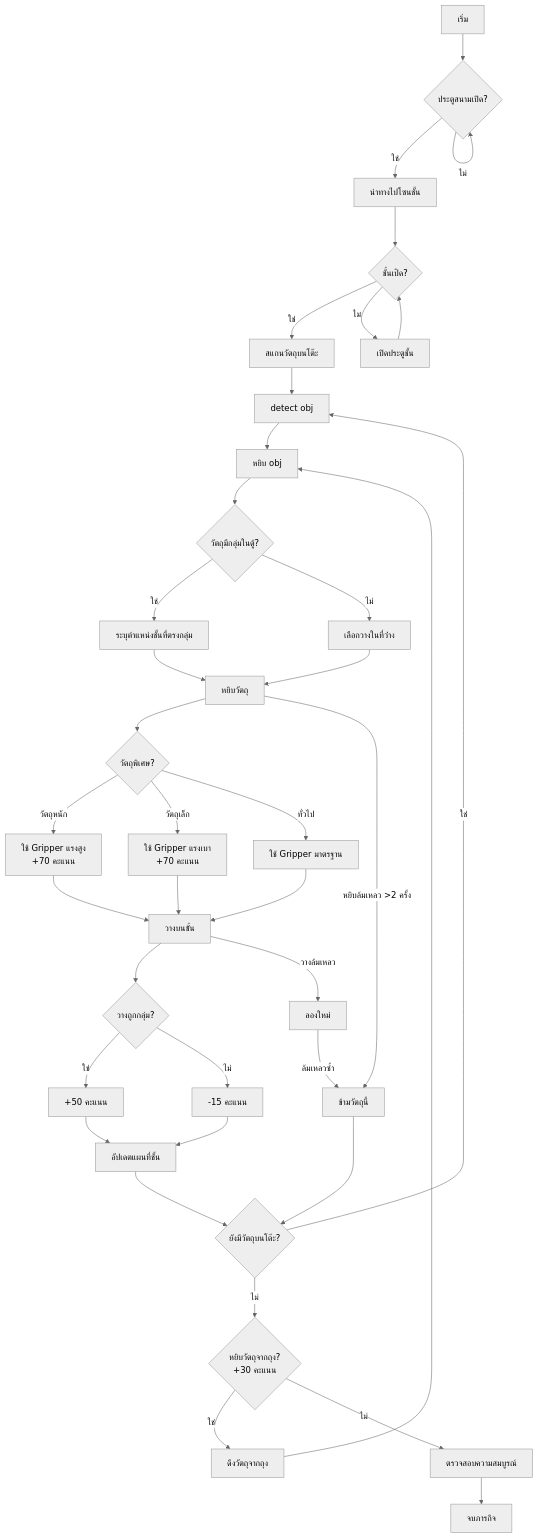
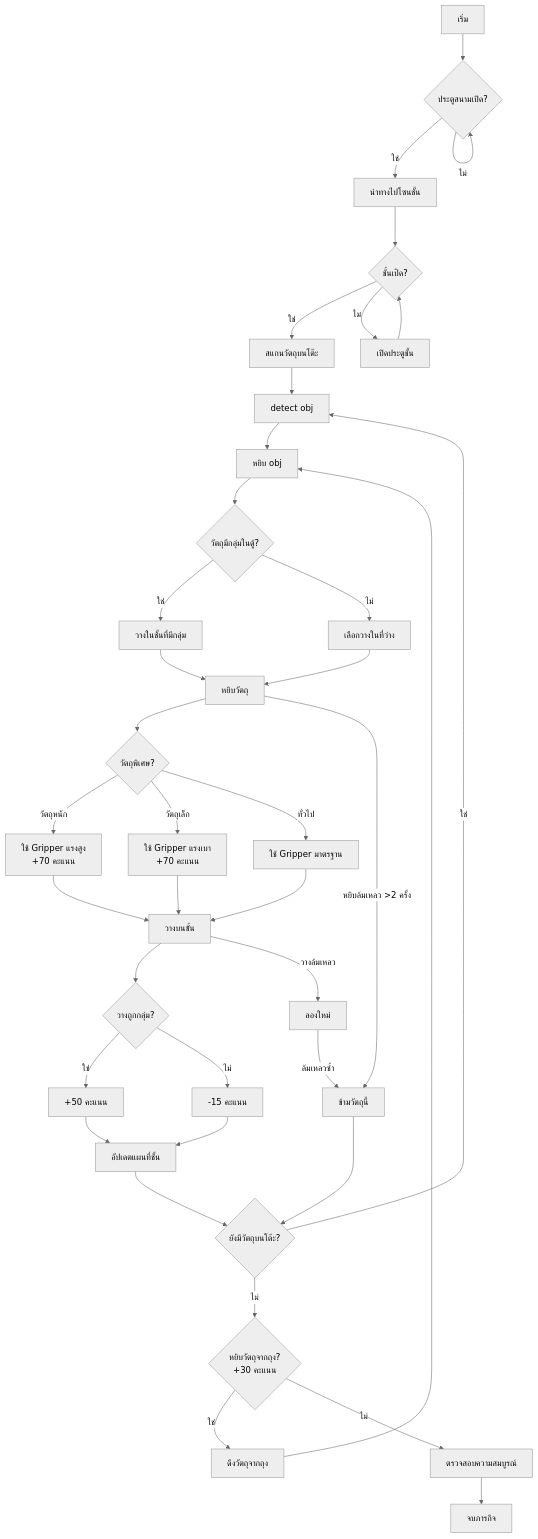
The diagram in StoringGroceries.md (NapatzZ/state-robocup), drawn with Mermaid (neutral theme) before and after one commit.

````diff
--- a/StoringGroceries.md
+++ b/StoringGroceries.md
@@ -1,53 +1,53 @@
 ```mermaid
 flowchart TD
     A[เริ่ม] --> B{ประตูสนามเปิด?}
     B -->|ใช่| C[นำทางไปโซนชั้น]
     B -->|ไม่| B
     
     C --> D{ชั้นเปิด?}
     D -->|ใช่| E[สแกนวัตถุบนโต๊ะ]
     D -->|ไม่| F[เปิดประตูชั้น]
     F --> D
     
     E --> G[detect obj]
     G --> H[หยิบ obj]
     
     H --> I{วัตถุมีกลุ่มในตู้?}
-    I -->|ใช่| J[ระบุตำแหน่งชั้นที่ตรงกลุ่ม]
-    I -->|ไม่| K[เลือกวางในที่ว่่าง]
+    I -->|ใช่| J[วางในชั้นที่มีกลุ่ม]
+    I -->|ไม่| K[เลือกวางในที่ว่าง]
     
     J --> L[หยิบวัตถุ]
     K --> L
     
     L --> M{วัตถุพิเศษ?}
     M -->|วัตถุหนัก| N[ใช้ Gripper แรงสูง \n +70 คะแนน]
     M -->|วัตถุเล็ก| O[ใช้ Gripper แรงเบา \n +70 คะแนน]
     M -->|ทั่วไป| P[ใช้ Gripper มาตรฐาน]
     
     N --> Q[วางบนชั้น]
     O --> Q
     P --> Q
     
     Q --> R{วางถูกกลุ่ม?}
     R -->|ใช่| S[+50 คะแนน]
     R -->|ไม่| T[-15 คะแนน]
     
     S --> U[อัปเดตแผนที่ชั้น]
     T --> U
     
     U --> V{ยังมีวัตถุบนโต๊ะ?}
     V -->|ใช่| G
     V -->|ไม่| W{หยิบวัตถุจากถุง? \n +30 คะแนน}
     
     W -->|ใช่| X[ดึงวัตถุจากถุง]
     X --> H
     W -->|ไม่| Y[ตรวจสอบความสมบูรณ์]
     
     Y --> Z[จบภารกิจ]
     
     %% Error handling
     L -->|หยิบล้มเหลว >2 ครั้ง| L1[ข้ามวัตถุนี้]
     L1 --> V
     Q -->|วางล้มเหลว| Q1[ลองใหม่]
     Q1 -->|ล้มเหลวซ้ำ| L1
 ```
````
